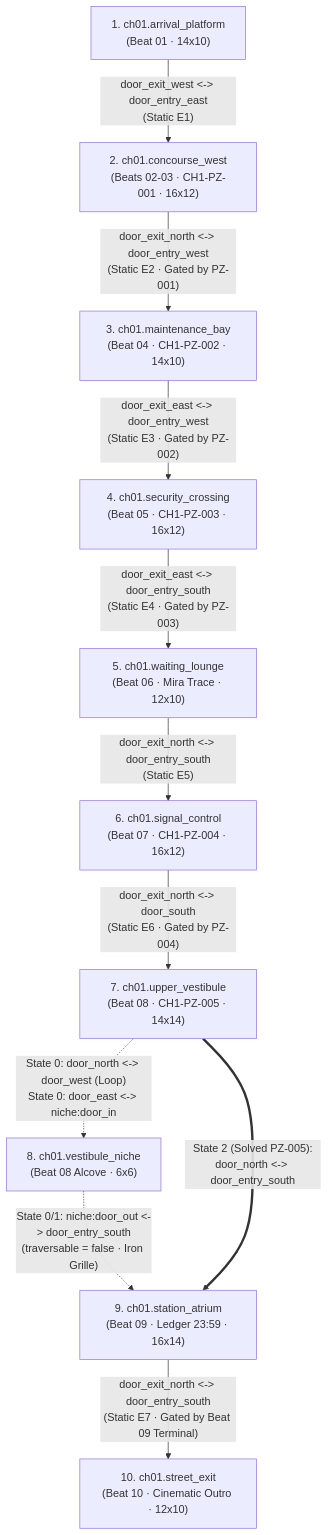
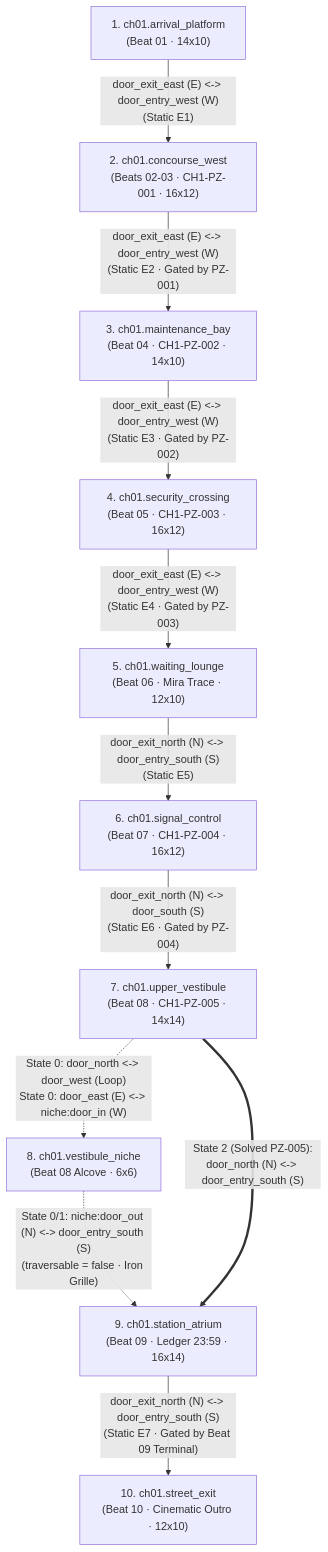
Before and after one commit to Zeeynrs/the-last-frame: the diagram in design/ch01/ROOM_GRAPH.md, drawn with Mermaid. The commit also changed other lines of this file, not shown here.

Commit message:
docs(TLF-005): address lead review R1-R3 on Ch1 room graph

````diff
--- a/design/ch01/ROOM_GRAPH.md
+++ b/design/ch01/ROOM_GRAPH.md
@@ -43,26 +50,26 @@
 ```mermaid
 flowchart TD
     R1["1. ch01.arrival_platform<br/>(Beat 01 · 14x10)"]
     R2["2. ch01.concourse_west<br/>(Beats 02-03 · CH1-PZ-001 · 16x12)"]
     R3["3. ch01.maintenance_bay<br/>(Beat 04 · CH1-PZ-002 · 14x10)"]
     R4["4. ch01.security_crossing<br/>(Beat 05 · CH1-PZ-003 · 16x12)"]
     R5["5. ch01.waiting_lounge<br/>(Beat 06 · Mira Trace · 12x10)"]
     R6["6. ch01.signal_control<br/>(Beat 07 · CH1-PZ-004 · 16x12)"]
     R7["7. ch01.upper_vestibule<br/>(Beat 08 · CH1-PZ-005 · 14x14)"]
     R8["8. ch01.vestibule_niche<br/>(Beat 08 Alcove · 6x6)"]
     R9["9. ch01.station_atrium<br/>(Beat 09 · Ledger 23:59 · 16x14)"]
     R10["10. ch01.street_exit<br/>(Beat 10 · Cinematic Outro · 12x10)"]
 
-    R1 -- "door_exit_west <-> door_entry_east<br/>(Static E1)" --> R2
-    R2 -- "door_exit_north <-> door_entry_west<br/>(Static E2 · Gated by PZ-001)" --> R3
-    R3 -- "door_exit_east <-> door_entry_west<br/>(Static E3 · Gated by PZ-002)" --> R4
-    R4 -- "door_exit_east <-> door_entry_south<br/>(Static E4 · Gated by PZ-003)" --> R5
-    R5 -- "door_exit_north <-> door_entry_south<br/>(Static E5)" --> R6
-    R6 -- "door_exit_north <-> door_south<br/>(Static E6 · Gated by PZ-004)" --> R7
+    R1 -- "door_exit_east (E) <-> door_entry_west (W)<br/>(Static E1)" --> R2
+    R2 -- "door_exit_east (E) <-> door_entry_west (W)<br/>(Static E2 · Gated by PZ-001)" --> R3
+    R3 -- "door_exit_east (E) <-> door_entry_west (W)<br/>(Static E3 · Gated by PZ-002)" --> R4
+    R4 -- "door_exit_east (E) <-> door_entry_west (W)<br/>(Static E4 · Gated by PZ-003)" --> R5
+    R5 -- "door_exit_north (N) <-> door_entry_south (S)<br/>(Static E5)" --> R6
+    R6 -- "door_exit_north (N) <-> door_south (S)<br/>(Static E6 · Gated by PZ-004)" --> R7
 
-    R7 -. "State 0: door_north <-> door_west (Loop)<br/>State 0: door_east <-> niche:door_in" .-> R8
-    R8 -. "State 0/1: niche:door_out <-> door_entry_south<br/>(traversable = false · Iron Grille)" .-> R9
-    R7 == "State 2 (Solved PZ-005):<br/>door_north <-> door_entry_south" ==> R9
+    R7 -. "State 0: door_north <-> door_west (Loop)<br/>State 0: door_east (E) <-> niche:door_in (W)" .-> R8
+    R8 -. "State 0/1: niche:door_out (N) <-> door_entry_south (S)<br/>(traversable = false · Iron Grille)" .-> R9
+    R7 == "State 2 (Solved PZ-005):<br/>door_north (N) <-> door_entry_south (S)" ==> R9
 
-    R9 -- "door_exit_north <-> door_entry_south<br/>(Static E7 · Gated by Beat 09 Terminal)" --> R10
+    R9 -- "door_exit_north (N) <-> door_entry_south (S)<br/>(Static E7 · Gated by Beat 09 Terminal)" --> R10
 ```
````
